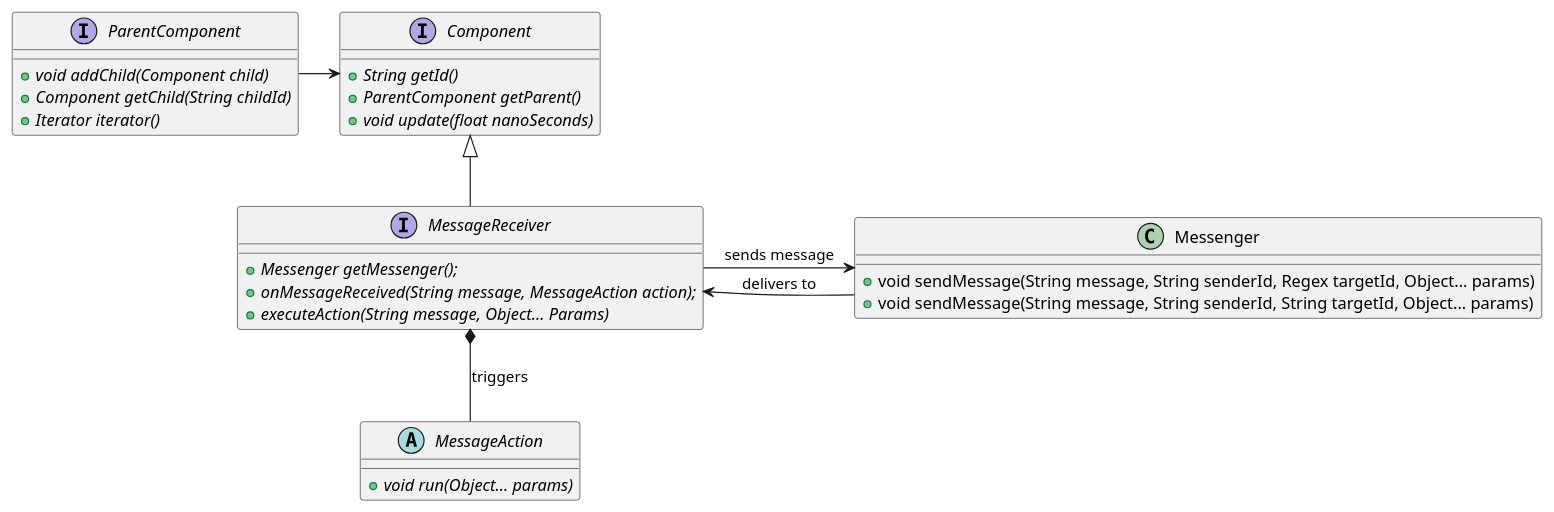
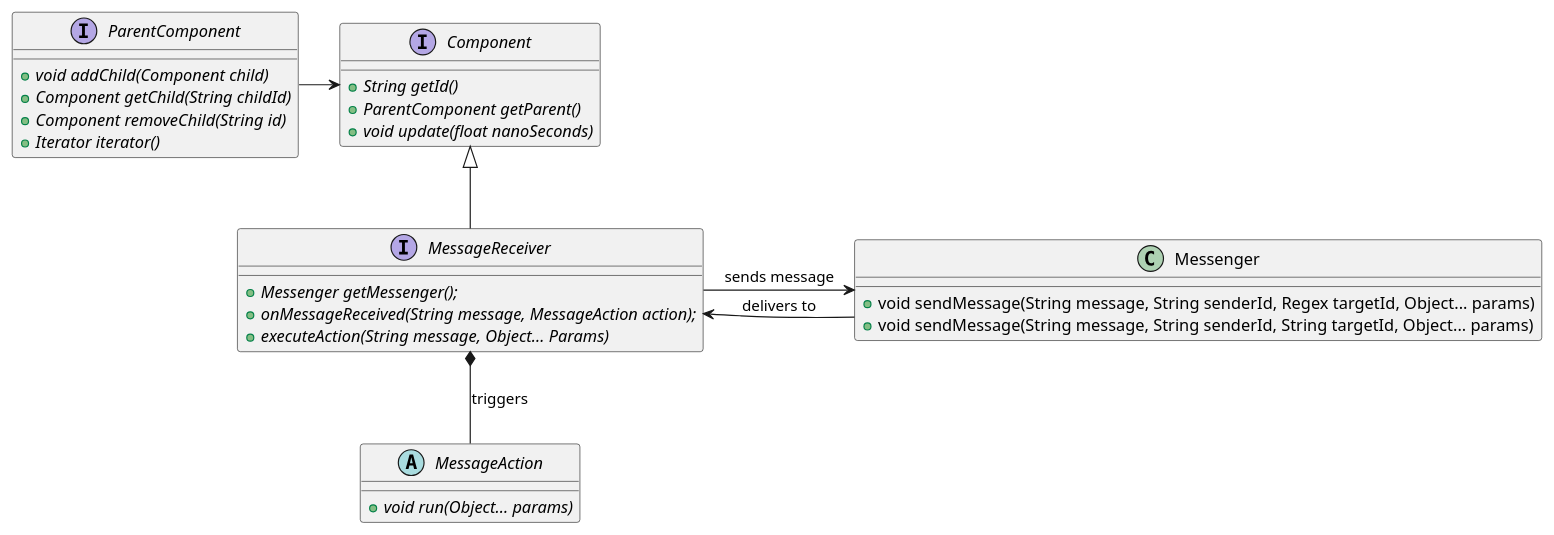
Before and after one commit to the-zucc/coureurs-de-bois-2: the diagram in uml/uml.puml, drawn with PlantUML. The commit also changed 10 other files, not shown here.

```diff
--- a/uml/uml.puml
+++ b/uml/uml.puml
@@ -1,28 +1,29 @@
 @startuml
 interface Component {
     +{abstract}String getId()
     +{abstract}ParentComponent getParent()
     +{abstract}void update(float nanoSeconds)
 }
 interface ParentComponent {
     +{abstract}void addChild(Component child)
     +{abstract}Component getChild(String childId)
+    +{abstract}Component removeChild(String id)
     +{abstract}Iterator iterator()
 }
 ParentComponent -> Component
 class Messenger {
     +void sendMessage(String message, String senderId, Regex targetId, Object... params)
     +void sendMessage(String message, String senderId, String targetId, Object... params)
 }
 interface MessageReceiver extends Component {
     +{abstract}Messenger getMessenger();
     +{abstract}onMessageReceived(String message, MessageAction action);
     +{abstract}executeAction(String message, Object... Params)
 }
 abstract class MessageAction{
     +{abstract}void run(Object... params)
 }
 MessageReceiver -> Messenger : sends message
 Messenger -> MessageReceiver : delivers to
 MessageReceiver *-- MessageAction : triggers
 @enduml
```
